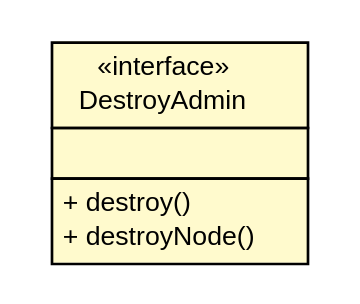
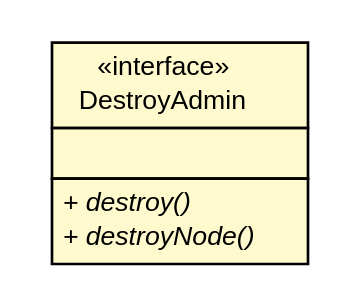
Before and after one commit to sorcersoft/sorcersoft.github.io: the diagram in apidocs/sorcer/core/DestroyAdmin.dot, drawn with Graphviz. The commit also changed 3895 other files, not shown here.

```diff
--- a/apidocs/sorcer/core/DestroyAdmin.dot
+++ b/apidocs/sorcer/core/DestroyAdmin.dot
@@ -1,26 +1,26 @@
 #!/usr/local/bin/dot
 #
 # Class diagram 
 # Generated by UMLGraph version R5_6 (http://www.umlgraph.org/)
 #
 
 digraph G {
 	edge [fontname="Helvetica",fontsize=10,labelfontname="Helvetica",labelfontsize=10];
 	node [fontname="Helvetica",fontsize=10,shape=plaintext];
 	nodesep=0.25;
 	ranksep=0.5;
 	// sorcer.core.DestroyAdmin
-	c193771 [label=<<table title="sorcer.core.DestroyAdmin" border="0" cellborder="1" cellspacing="0" cellpadding="2" port="p" bgcolor="lemonChiffon" href="./DestroyAdmin.html">
+	c205106 [label=<<table title="sorcer.core.DestroyAdmin" border="0" cellborder="1" cellspacing="0" cellpadding="2" port="p" bgcolor="lemonChiffon" href="./DestroyAdmin.html">
 		<tr><td><table border="0" cellspacing="0" cellpadding="1">
 <tr><td align="center" balign="center"> &#171;interface&#187; </td></tr>
 <tr><td align="center" balign="center"> DestroyAdmin </td></tr>
 		</table></td></tr>
 		<tr><td><table border="0" cellspacing="0" cellpadding="1">
 <tr><td align="left" balign="left">  </td></tr>
 		</table></td></tr>
 		<tr><td><table border="0" cellspacing="0" cellpadding="1">
-<tr><td align="left" balign="left"> + destroy() </td></tr>
-<tr><td align="left" balign="left"> + destroyNode() </td></tr>
+<tr><td align="left" balign="left"><font face="Helvetica-Oblique" point-size="10.0"> + destroy() </font></td></tr>
+<tr><td align="left" balign="left"><font face="Helvetica-Oblique" point-size="10.0"> + destroyNode() </font></td></tr>
 		</table></td></tr>
 		</table>>, URL="./DestroyAdmin.html", fontname="Helvetica", fontcolor="black", fontsize=10.0];
 }
```
